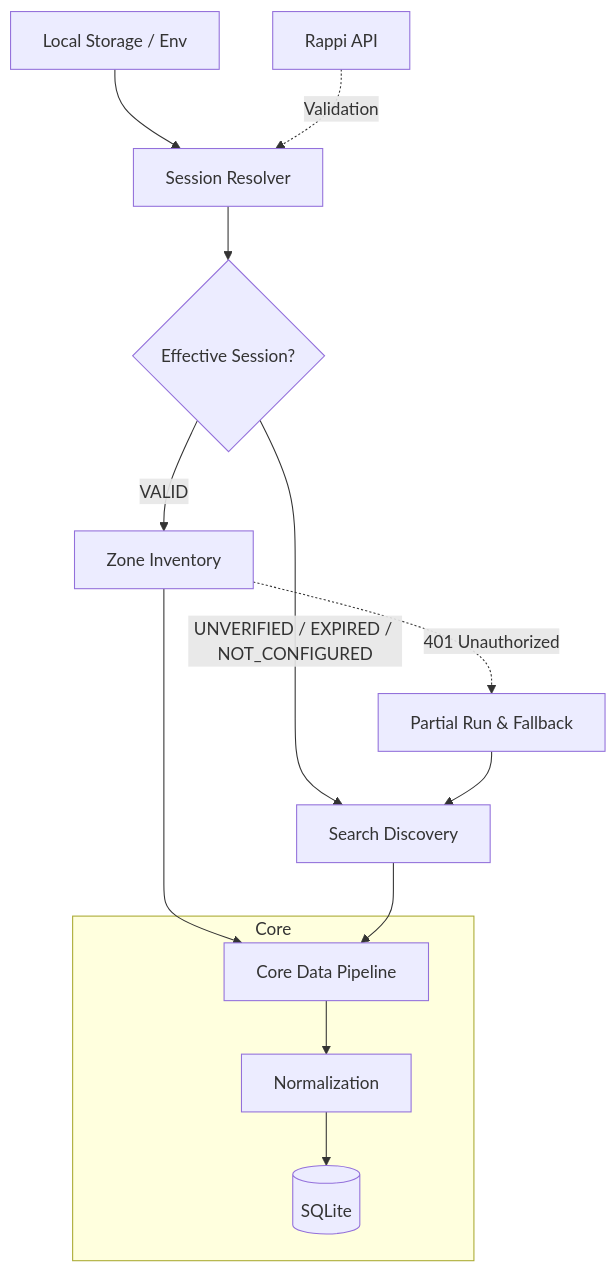
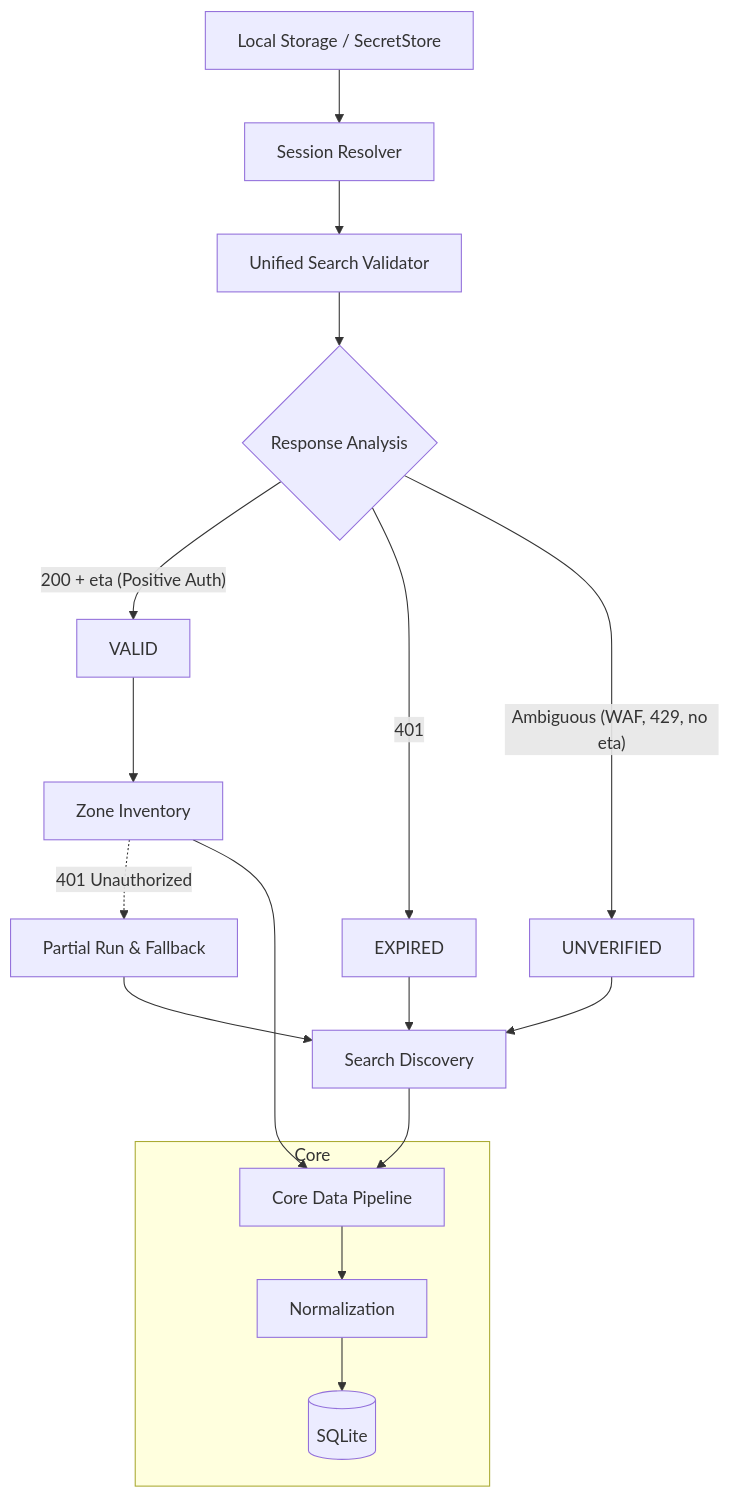
The third of 3 diagrams in docs/architecture.md (yorologo/DealHunter), drawn with Mermaid before and after one commit. The commit also changed 4 other files, not shown here.

Commit message:
fix: validate Rappi sessions with positive auth evidence

````diff
--- a/docs/architecture.md
+++ b/docs/architecture.md
@@ -62,21 +62,25 @@
 ```mermaid
 flowchart TD
-    CONFIG[Local Storage / Env] --> RESOLVER
-    NETWORK[Rappi API] -. Validation .-> RESOLVER
+    CONFIG[Local Storage / SecretStore] --> RESOLVER
+    RESOLVER[Session Resolver] --> UNIFIED[Unified Search Validator]
     
-    RESOLVER[Session Resolver] --> EFFECTIVE{Effective Session?}
+    UNIFIED --> EVAL{Response Analysis}
+    EVAL -- "200 + eta (Positive Auth)" --> VALID[VALID]
+    EVAL -- "401" --> EXPIRED[EXPIRED]
+    EVAL -- "Ambiguous (WAF, 429, no eta)" --> UNVERIFIED[UNVERIFIED]
     
-    EFFECTIVE -- "VALID" --> ZONE[Zone Inventory]
-    EFFECTIVE -- "UNVERIFIED / EXPIRED / NOT_CONFIGURED" --> SEARCH[Search Discovery]
-
+    VALID --> ZONE[Zone Inventory]
+    EXPIRED --> SEARCH[Search Discovery]
+    UNVERIFIED --> SEARCH
+    
     ZONE -.->|401 Unauthorized| FALLBACK[Partial Run & Fallback]
     FALLBACK --> SEARCH
 
     ZONE --> CORE[Core Data Pipeline]
     SEARCH --> CORE
 
     subgraph Core
     CORE --> NORM[Normalization]
     NORM --> DB[(SQLite)]
     end
 ```
````
